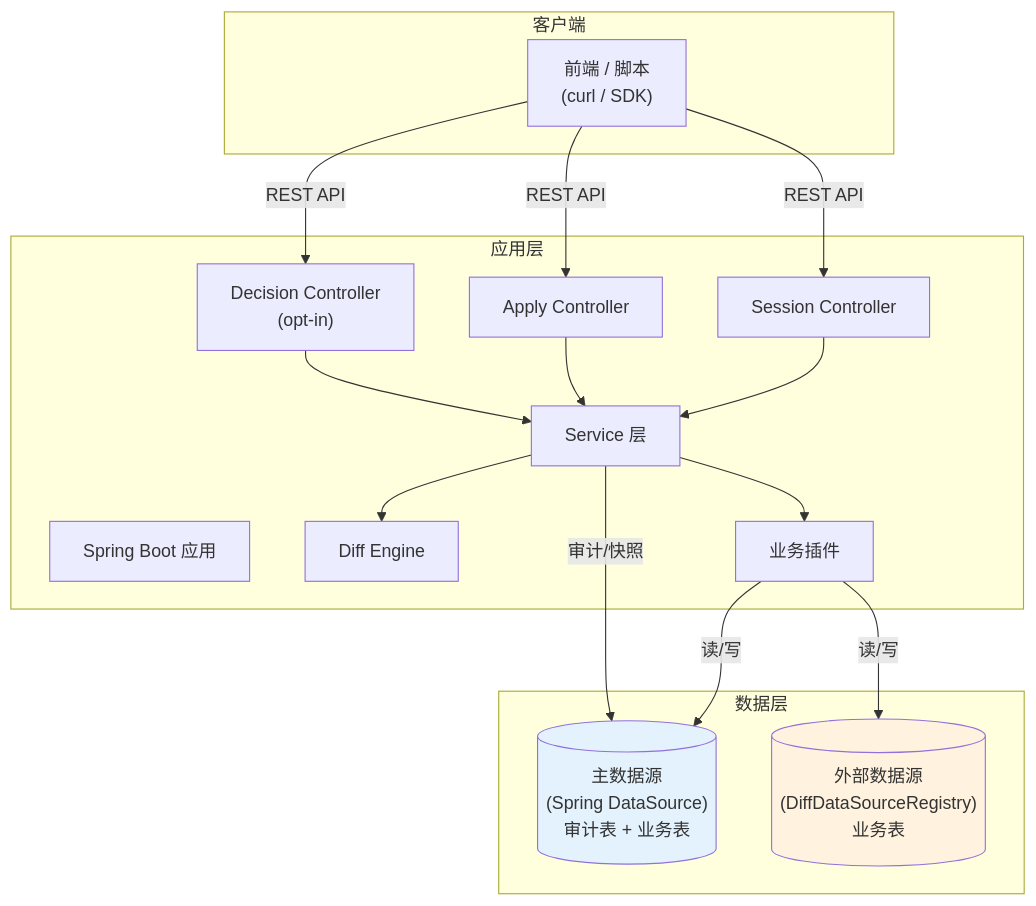
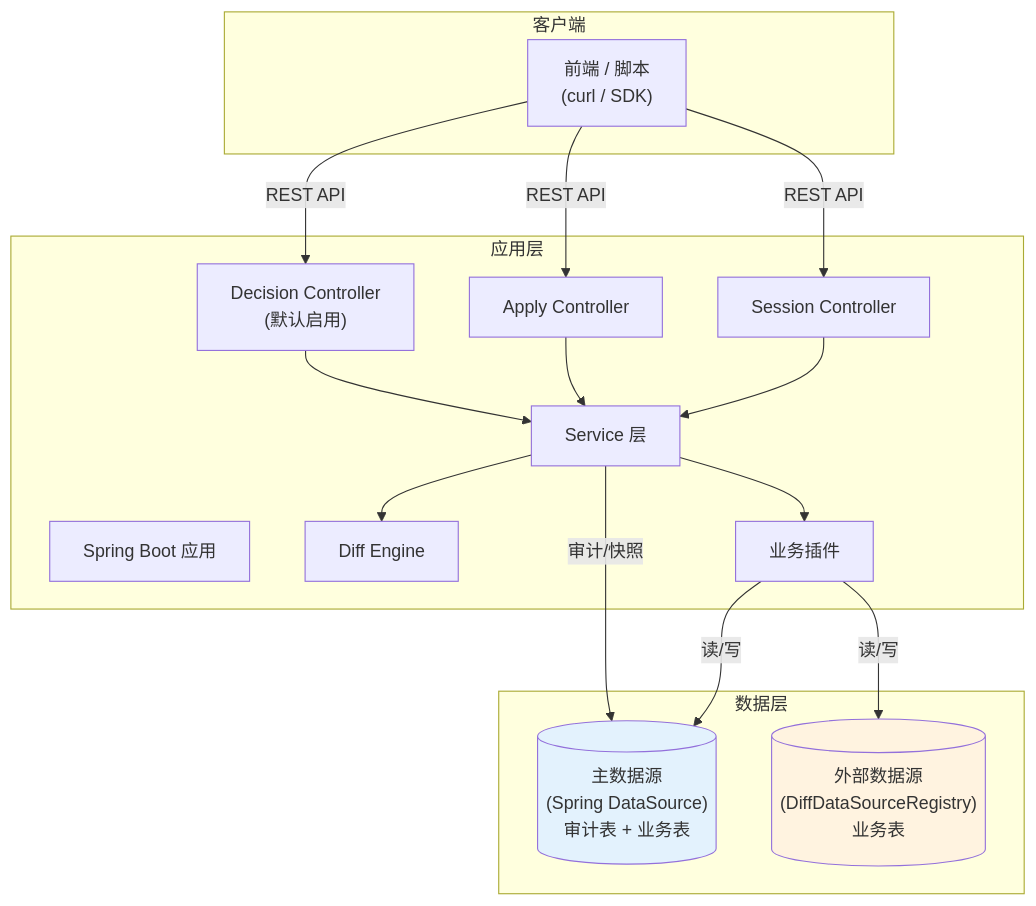
Before and after one commit to shiyongyin/diff: the first of 4 diagrams in docs/ops-guide.md, drawn with Mermaid. The commit also changed other lines of this file and 5 other files, not shown here.

````diff
--- a/docs/ops-guide.md
+++ b/docs/ops-guide.md
@@ -22,36 +22,36 @@
 ```mermaid
 graph TB
     subgraph 客户端
         FE["前端 / 脚本<br/>(curl / SDK)"]
     end
 
     subgraph 应用层
         APP["Spring Boot 应用"]
         SC["Session Controller"]
         AC["Apply Controller"]
-        DC["Decision Controller<br/>(opt-in)"]
+        DC["Decision Controller<br/>(默认启用)"]
         SVC["Service 层"]
         ENG["Diff Engine"]
         PLG["业务插件"]
     end
 
     subgraph 数据层
         DB_PRIMARY[("主数据源<br/>(Spring DataSource)<br/>审计表 + 业务表")]
         DB_EXT[("外部数据源<br/>(DiffDataSourceRegistry)<br/>业务表")]
     end
 
     FE -->|REST API| SC
     FE -->|REST API| AC
     FE -->|REST API| DC
     SC --> SVC
     AC --> SVC
     DC --> SVC
     SVC --> ENG
     SVC --> PLG
     PLG -->|读/写| DB_PRIMARY
     PLG -->|读/写| DB_EXT
     SVC -->|审计/快照| DB_PRIMARY
 
     style DB_PRIMARY fill:#e3f2fd
     style DB_EXT fill:#fff3e0
 ```
````
